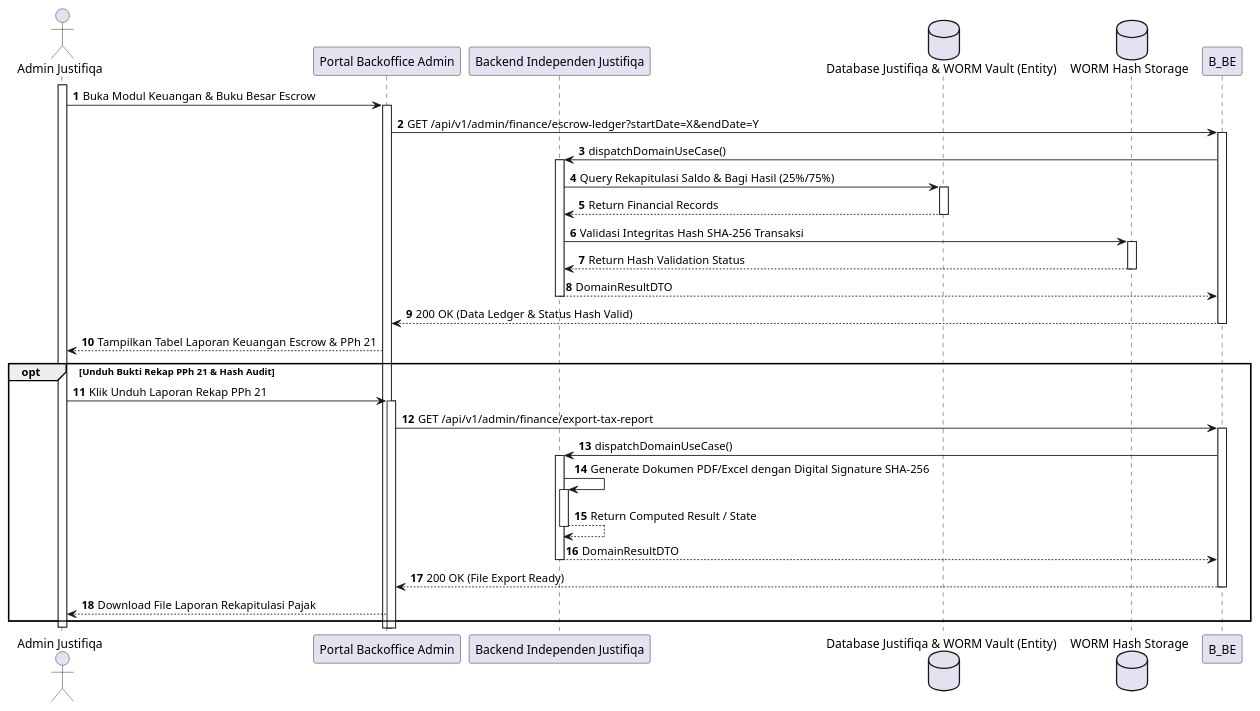
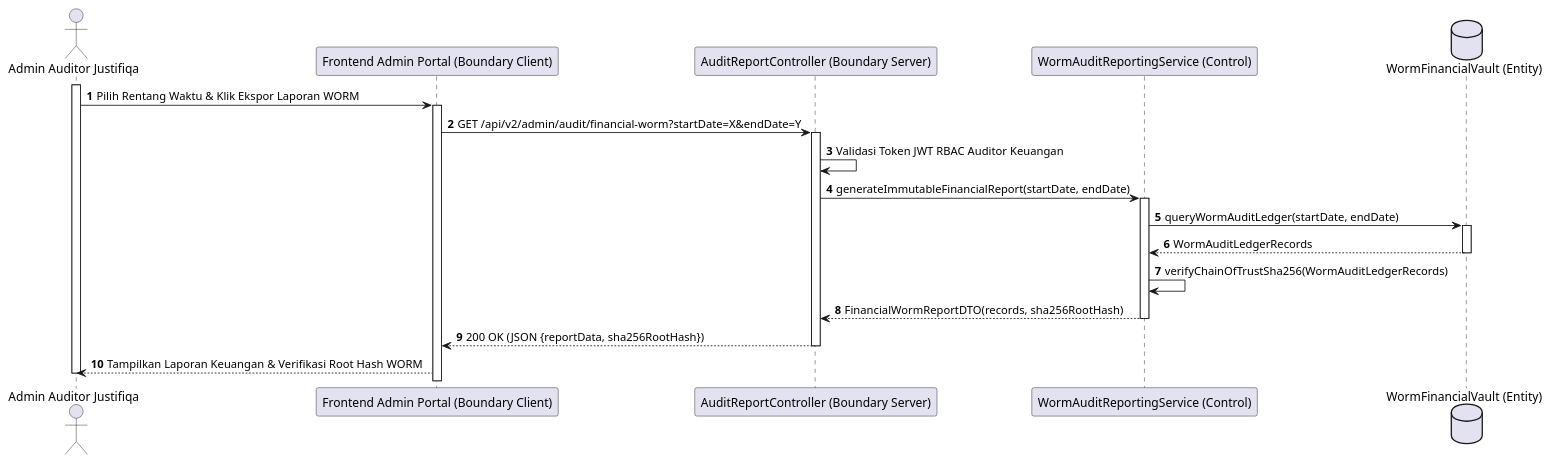
Diagram 12 of 28 in MarkDown/plantuml_sequence_diagrams.md (tupperwureism/SuperApp-Gagal), drawn with PlantUML before and after one commit. The commit also changed other lines of this file and 1 other file, not shown here.

Commit message:
fix(sequence-diagrams): regenerate all 28 Sequence Diagrams with deterministic hand-crafted 5-Lifeline BCE flows

````diff
--- a/MarkDown/plantuml_sequence_diagrams.md
+++ b/MarkDown/plantuml_sequence_diagrams.md
@@ -828,34 +493,23 @@
 ```plantuml
 @startuml
 autonumber
-actor "Admin Justifiqa" as Admin
-participant "Portal Backoffice Admin" as B_FE
-participant "Backend Independen Justifiqa" as C_Svc
-database "Database Justifiqa & WORM Vault (Entity)" as E_DB
-database "WORM Hash Storage" as WORM
+actor "Admin Auditor Justifiqa" as User
+participant "Frontend Admin Portal (Boundary Client)" as B_FE
+participant "AuditReportController (Boundary Server)" as B_BE
+participant "WormAuditReportingService (Control)" as C_Svc
+database "WormFinancialVault (Entity)" as E_DB
 
-activate Admin
-Admin -> B_FE ++ : Buka Modul Keuangan & Buku Besar Escrow
-B_FE -> B_BE ++ : GET /api/v1/admin/finance/escrow-ledger?startDate=X&endDate=Y
-    B_BE -> C_Svc ++ : dispatchDomainUseCase()
-C_Svc -> E_DB ++ : Query Rekapitulasi Saldo & Bagi Hasil (25%/75%)
-E_DB --> C_Svc -- : Return Financial Records
-C_Svc -> WORM ++ : Validasi Integritas Hash SHA-256 Transaksi
-WORM --> C_Svc -- : Return Hash Validation Status
-C_Svc --> B_BE -- : DomainResultDTO
-    B_BE --> B_FE -- : 200 OK (Data Ledger & Status Hash Valid)
-B_FE --> Admin : Tampilkan Tabel Laporan Keuangan Escrow & PPh 21
-
-opt Unduh Bukti Rekap PPh 21 & Hash Audit
-    Admin -> B_FE ++ : Klik Unduh Laporan Rekap PPh 21
-    B_FE -> B_BE ++ : GET /api/v1/admin/finance/export-tax-report
-    B_BE -> C_Svc ++ : dispatchDomainUseCase()
-    C_Svc -> C_Svc ++ : Generate Dokumen PDF/Excel dengan Digital Signature SHA-256
-    C_Svc --> C_Svc -- : Return Computed Result / State
-    C_Svc --> B_BE -- : DomainResultDTO
-    B_BE --> B_FE -- : 200 OK (File Export Ready)
-    B_FE --> Admin : Download File Laporan Rekapitulasi Pajak
-end
-deactivate Admin
+activate User
+User -> B_FE ++ : Pilih Rentang Waktu & Klik Ekspor Laporan WORM
+B_FE -> B_BE ++ : GET /api/v2/admin/audit/financial-worm?startDate=X&endDate=Y
+B_BE -> B_BE : Validasi Token JWT RBAC Auditor Keuangan
+B_BE -> C_Svc ++ : generateImmutableFinancialReport(startDate, endDate)
+C_Svc -> E_DB ++ : queryWormAuditLedger(startDate, endDate)
+E_DB --> C_Svc -- : WormAuditLedgerRecords
+C_Svc -> C_Svc : verifyChainOfTrustSha256(WormAuditLedgerRecords)
+C_Svc --> B_BE -- : FinancialWormReportDTO(records, sha256RootHash)
+B_BE --> B_FE -- : 200 OK (JSON {reportData, sha256RootHash})
+B_FE --> User : Tampilkan Laporan Keuangan & Verifikasi Root Hash WORM
+deactivate User
 @enduml
 ```
````
